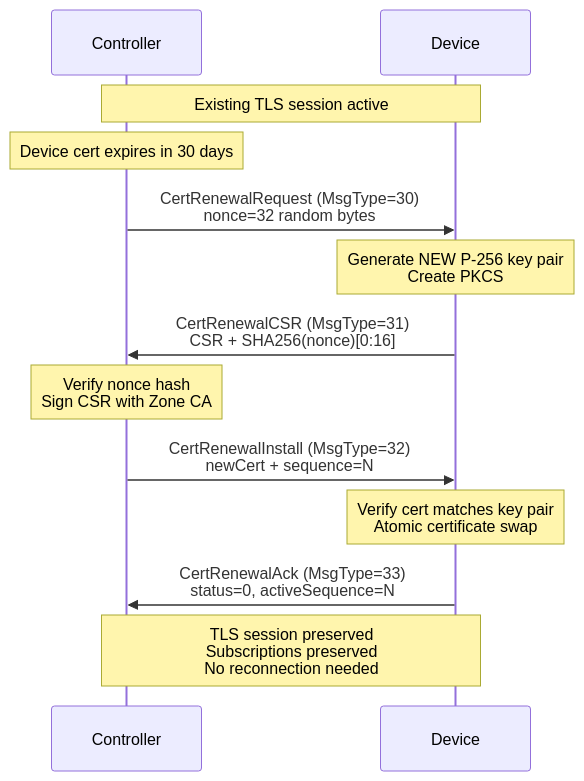
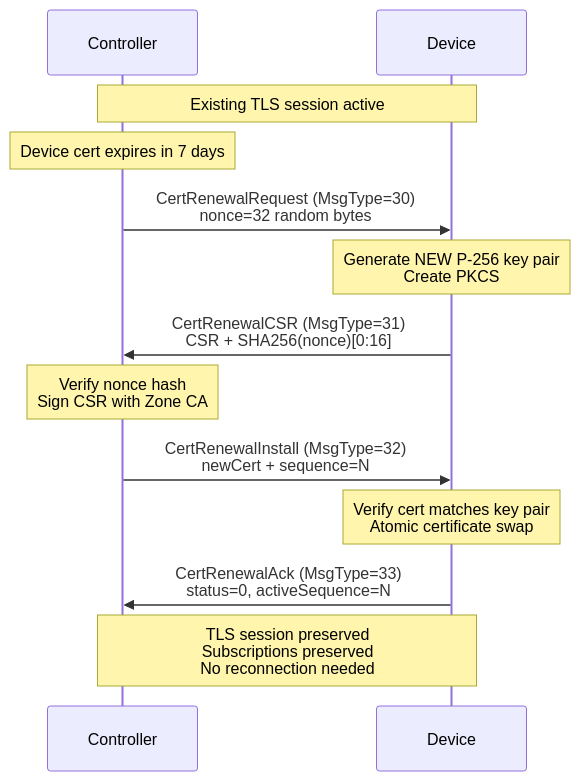
One commit to DerAndereAndi/mash changed diagram 17 of 27 in docs/stack-architecture.md. Above: the diagram before and after it, drawn with Mermaid. The commit also changed other lines of this file and 9 other files, not shown here.

````diff
--- a/docs/stack-architecture.md
+++ b/docs/stack-architecture.md
@@ -906,18 +906,18 @@
 ```mermaid
 sequenceDiagram
     participant C as Controller
     participant D as Device
 
     Note over C,D: Existing TLS session active
-    Note over C: Device cert expires in 30 days
+    Note over C: Device cert expires in 7 days
 
     C->>D: CertRenewalRequest (MsgType=30)<br/>nonce=32 random bytes
     Note over D: Generate NEW P-256 key pair<br/>Create PKCS#10 CSR
     D->>C: CertRenewalCSR (MsgType=31)<br/>CSR + SHA256(nonce)[0:16]
     Note over C: Verify nonce hash<br/>Sign CSR with Zone CA
     C->>D: CertRenewalInstall (MsgType=32)<br/>newCert + sequence=N
     Note over D: Verify cert matches key pair<br/>Atomic certificate swap
     D->>C: CertRenewalAck (MsgType=33)<br/>status=0, activeSequence=N
 
     Note over C,D: TLS session preserved<br/>Subscriptions preserved<br/>No reconnection needed
 ```
````
